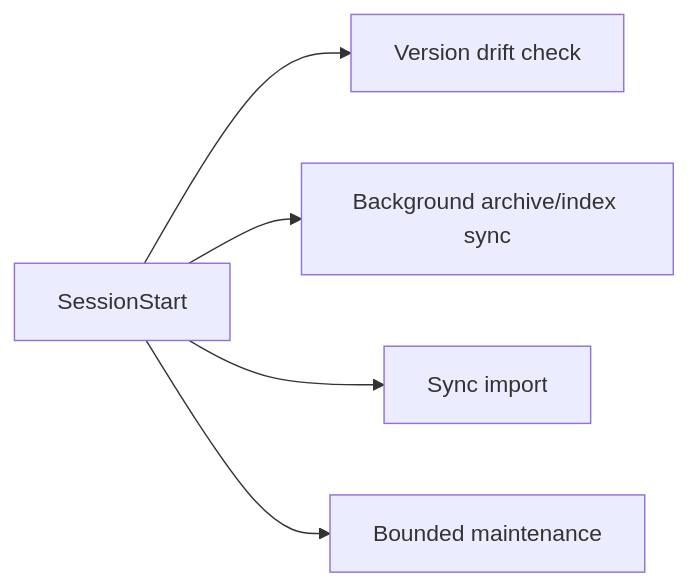
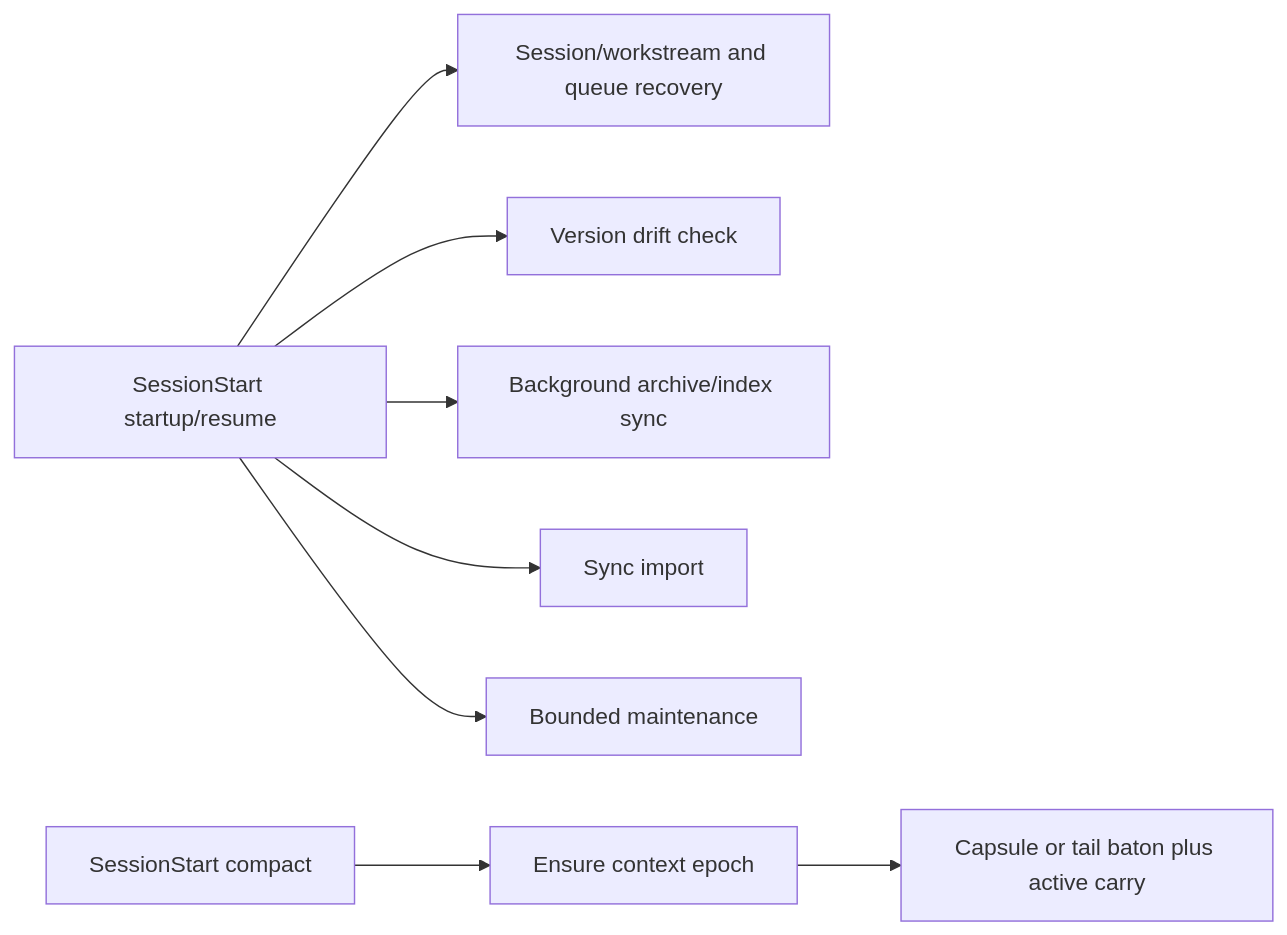
The second of 2 diagrams in docs/CONVERSATION-LIFECYCLE.md (BongSuCHOI/memex), drawn with Mermaid before and after one commit. The commit also changed other lines of this file and 63 other files, not shown here.

````diff
--- a/docs/CONVERSATION-LIFECYCLE.md
+++ b/docs/CONVERSATION-LIFECYCLE.md
@@ -81,7 +105,10 @@
 ```mermaid
 flowchart LR
-    S[SessionStart] --> V[Version drift check]
+    S[SessionStart startup/resume] --> R[Session/workstream and queue recovery]
+    S --> V[Version drift check]
     S --> A[Background archive/index sync]
     S --> I[Sync import]
     S --> M[Bounded maintenance]
+    C[SessionStart compact] --> E[Ensure context epoch]
+    E --> B[Capsule or tail baton plus active carry]
 ```
````
